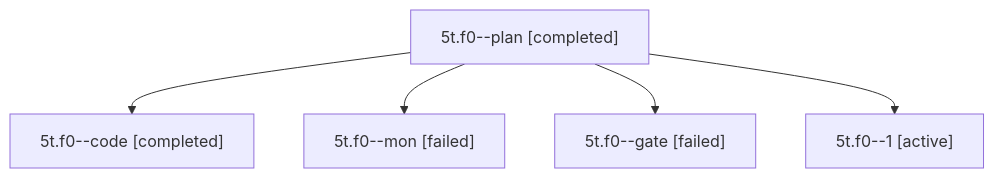
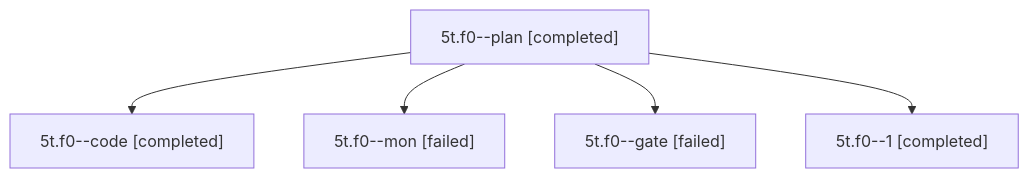
Before and after one commit to bobs-org/bob-cli--agents: the diagram in sessions/bbugyi200.apollo.5t.f0.md, drawn with Mermaid. The commit also changed other lines of this file and 21 other files, not shown here.

````diff
--- a/sessions/bbugyi200.apollo.5t.f0.md
+++ b/sessions/bbugyi200.apollo.5t.f0.md
@@ -9,12 +9,12 @@
 ```mermaid
 flowchart TD
   n0["5t.f0--plan [completed]"]
   n1["5t.f0--code [completed]"]
   n0 --> n1
   n2["5t.f0--mon [failed]"]
   n0 --> n2
   n3["5t.f0--gate [failed]"]
   n0 --> n3
-  n4["5t.f0--1 [active]"]
+  n4["5t.f0--1 [completed]"]
   n0 --> n4
 ```
````
